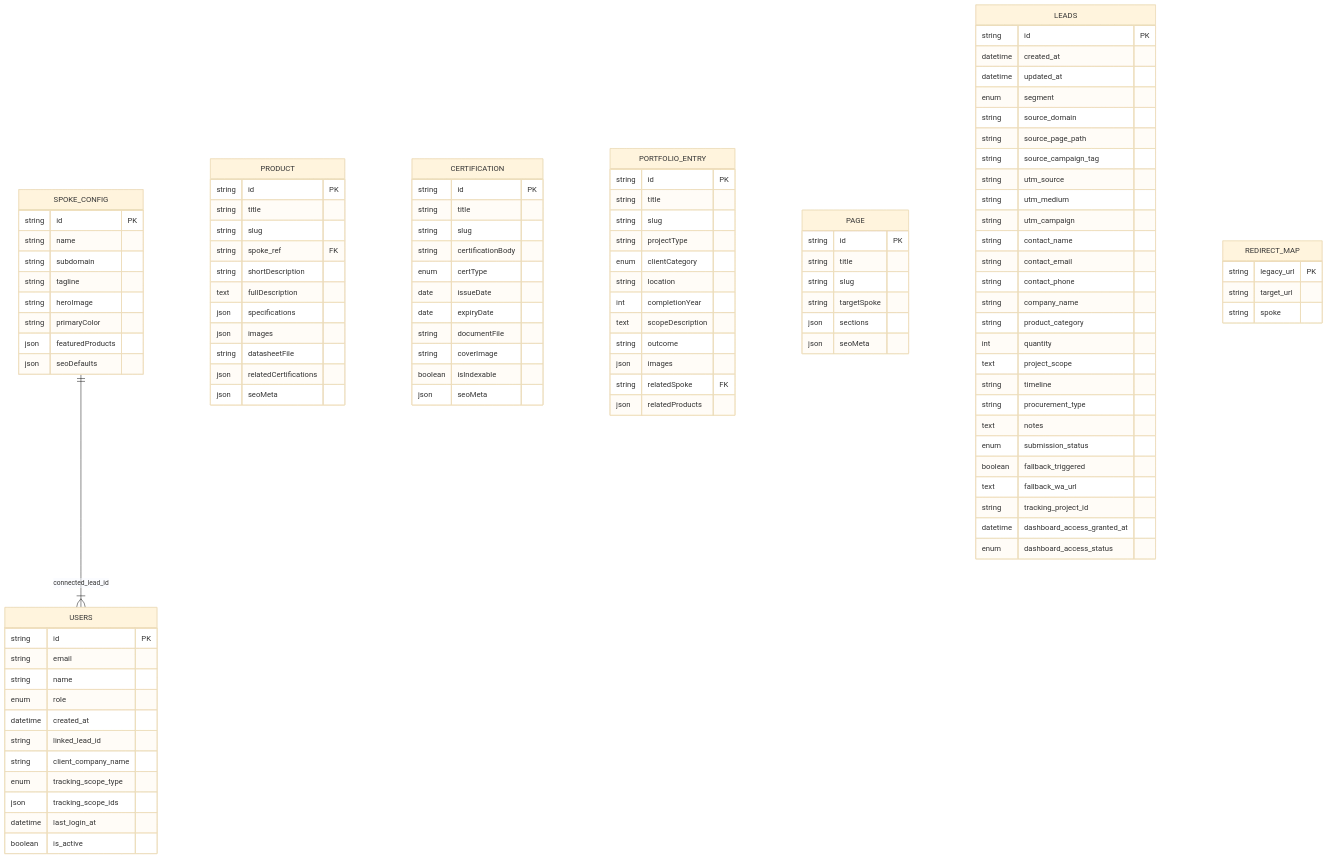
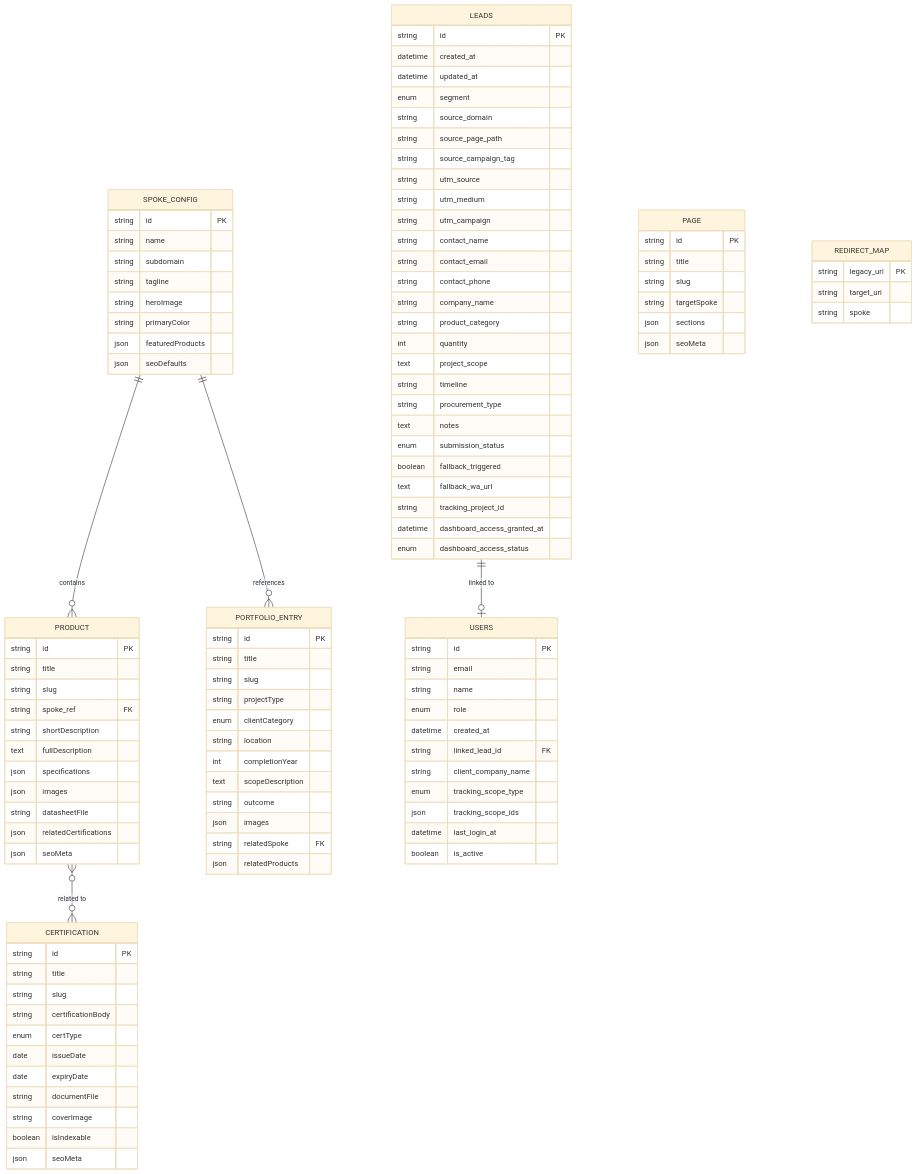
The second of 4 diagrams in .taskmaster/docs/architecture/architecture.md (pampam666/awesome-website-test), drawn with Mermaid (base theme) before and after one commit. The commit also changed other lines of this file and 7 other files, not shown here.

Commit message:
docs: initialize information architecture and project requirement documentation for digital ecosystem platform

````diff
--- a/.taskmaster/docs/architecture/architecture.md
+++ b/.taskmaster/docs/architecture/architecture.md
@@ -145,7 +148,9 @@
 ```mermaid
 erDiagram
-    SPOKE_CONFIG ||--|{ USERS : connected_lead_id
-
+    SPOKE_CONFIG ||--o{ PRODUCT : "contains"
+    SPOKE_CONFIG ||--o{ PORTFOLIO_ENTRY : "references"
+    PRODUCT }o--o{ CERTIFICATION : "related to"
+    LEADS ||--o| USERS : "linked to"
     SPOKE_CONFIG {
       string id PK
       string name
@@ -156,7 +161,6 @@
       json featuredProducts
       json seoDefaults
     }
-
     PRODUCT {
       string id PK
       string title
@@ -170,7 +174,6 @@
       json relatedCertifications
       json seoMeta
     }
-
     CERTIFICATION {
       string id PK
       string title
@@ -184,7 +187,6 @@
       boolean isIndexable
       json seoMeta
     }
-
     PORTFOLIO_ENTRY {
       string id PK
       string title
@@ -199,7 +201,6 @@
       string relatedSpoke FK
       json relatedProducts
     }
-
     PAGE {
       string id PK
       string title
@@ -208,7 +209,6 @@
       json sections
       json seoMeta
     }
-
     LEADS {
       string id PK
       datetime created_at
@@ -237,21 +237,19 @@
       datetime dashboard_access_granted_at
       enum dashboard_access_status
     }
-
     USERS {
       string id PK
       string email
       string name
       enum role
       datetime created_at
-      string linked_lead_id
+      string linked_lead_id FK
       string client_company_name
       enum tracking_scope_type
       json tracking_scope_ids
       datetime last_login_at
       boolean is_active
     }
-
     REDIRECT_MAP {
       string legacy_url PK
       string target_url
````
